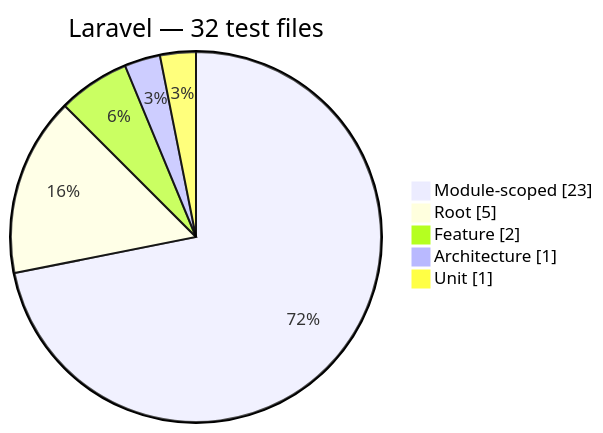
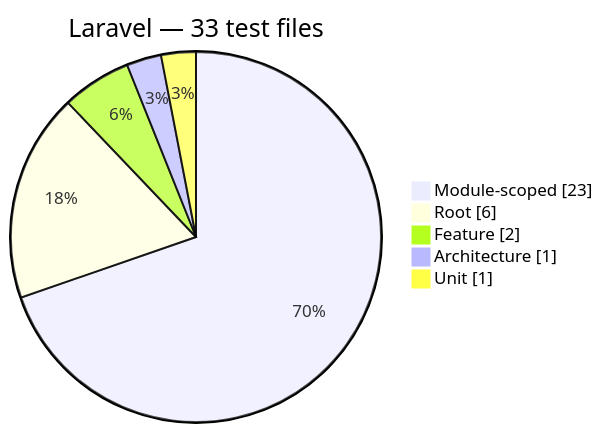
Before and after one commit to Mohammed-Alama/php-arazzo: diagram 12 of 12 in docs/generated/test-composition.md, drawn with Mermaid. The commit also changed other lines of this file and 13 other files, not shown here.

````diff
--- a/docs/generated/test-composition.md
+++ b/docs/generated/test-composition.md
@@ -174,9 +174,9 @@
 ```mermaid
 pie showData
-    title Laravel — 32 test files
+    title Laravel — 33 test files
     "Module-scoped": 23
-    "Root": 5
+    "Root": 6
     "Feature": 2
     "Architecture": 1
     "Unit": 1
 ```
````
